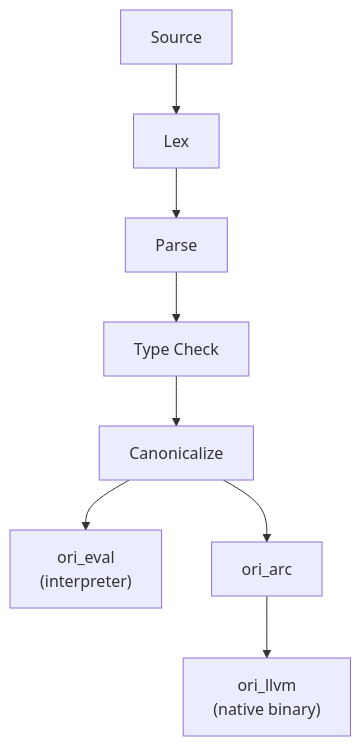
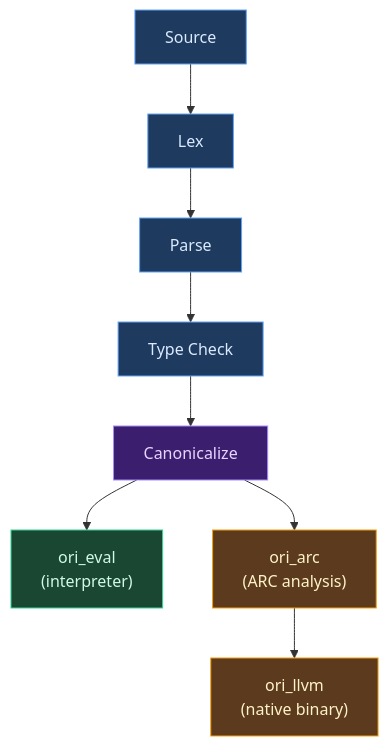
The first of 3 diagrams in docs/compiler/design/01-architecture/index.md (upstat-io/ori-lang), drawn with Mermaid before and after one commit. The commit also changed other lines of this file and 152 other files, not shown here.

````diff
--- a/docs/compiler/design/01-architecture/index.md
+++ b/docs/compiler/design/01-architecture/index.md
@@ -20,12 +91,23 @@
 ```mermaid
 flowchart TB
     A["Source"] --> B["Lex"]
     B --> C["Parse"]
     C --> D["Type Check"]
     D --> E["Canonicalize"]
     E --> F["ori_eval
-(interpreter)"]
-    E --> G["ori_arc"]
+    (interpreter)"]
+    E --> G["ori_arc
+    (ARC analysis)"]
     G --> H["ori_llvm
-(native binary)"]
+    (native binary)"]
+
+    classDef frontend fill:#1e3a5f,stroke:#60a5fa,color:#dbeafe
+    classDef canon fill:#3b1f6e,stroke:#a78bfa,color:#e9d5ff
+    classDef interpreter fill:#1a4731,stroke:#34d399,color:#d1fae5
+    classDef native fill:#5c3a1e,stroke:#f59e0b,color:#fef3c7
+
+    class A,B,C,D frontend
+    class E canon
+    class F interpreter
+    class G,H native
 ```
````
